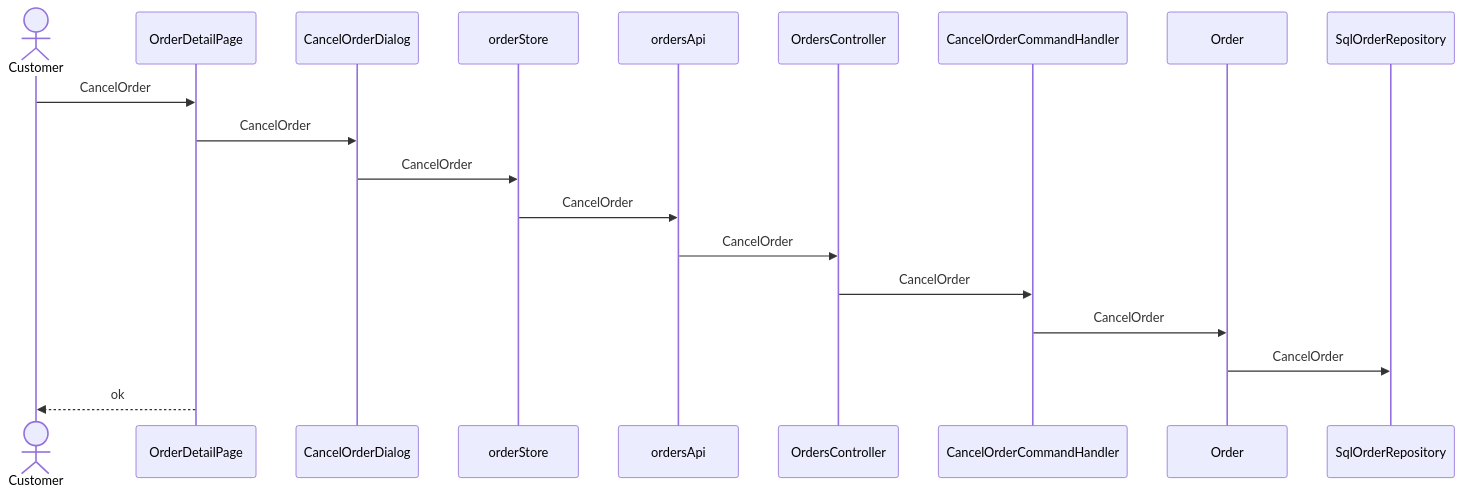
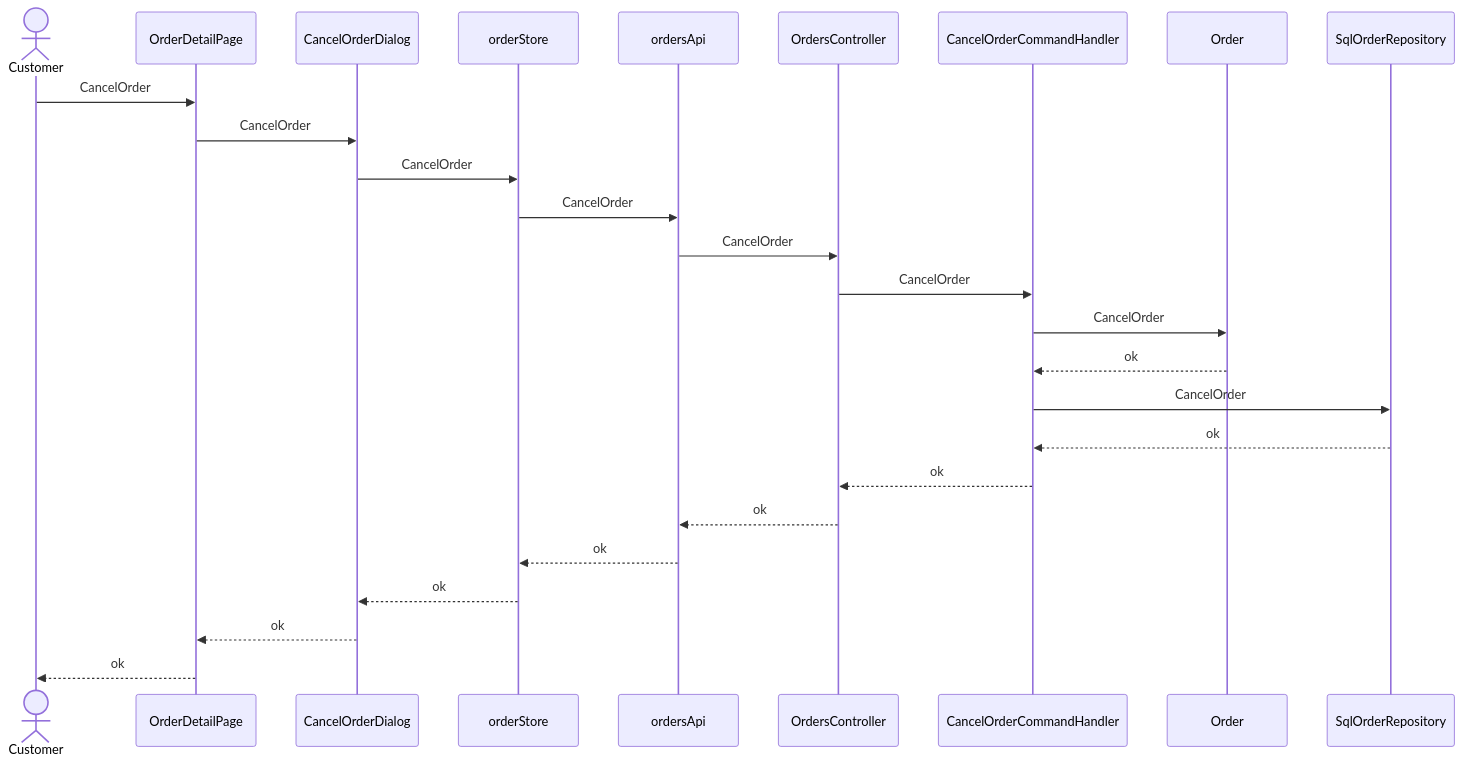
Before and after one commit to pin0513/AITools: the fourth of 6 diagrams in skills/spec-dev-process/examples/matrix/fs-balance-zh-s1/specs/rd/order-cancel/spec/30-architecture-c4.md, drawn with Mermaid. The commit also changed other lines of this file and 257 other files, not shown here.

````diff
--- a/skills/spec-dev-process/examples/matrix/fs-balance-zh-s1/specs/rd/order-cancel/spec/30-architecture-c4.md
+++ b/skills/spec-dev-process/examples/matrix/fs-balance-zh-s1/specs/rd/order-cancel/spec/30-architecture-c4.md
@@ -120,21 +120,28 @@
 ```mermaid
 sequenceDiagram
   actor U as Customer
   participant CMP001 as OrderDetailPage
   participant CMP002 as CancelOrderDialog
   participant CMP004 as orderStore
   participant CMP005 as ordersApi
   participant CMP006 as OrdersController
   participant CMP007 as CancelOrderCommandHandler
   participant CMP010 as Order
   participant CMP011 as SqlOrderRepository
   U->>CMP001: CancelOrder
   CMP001->>CMP002: CancelOrder
   CMP002->>CMP004: CancelOrder
   CMP004->>CMP005: CancelOrder
   CMP005->>CMP006: CancelOrder
   CMP006->>CMP007: CancelOrder
   CMP007->>CMP010: CancelOrder
-  CMP010->>CMP011: CancelOrder
+  CMP010-->>CMP007: ok
+  CMP007->>CMP011: CancelOrder
+  CMP011-->>CMP007: ok
+  CMP007-->>CMP006: ok
+  CMP006-->>CMP005: ok
+  CMP005-->>CMP004: ok
+  CMP004-->>CMP002: ok
+  CMP002-->>CMP001: ok
   CMP001-->>U: ok
 ```
````
